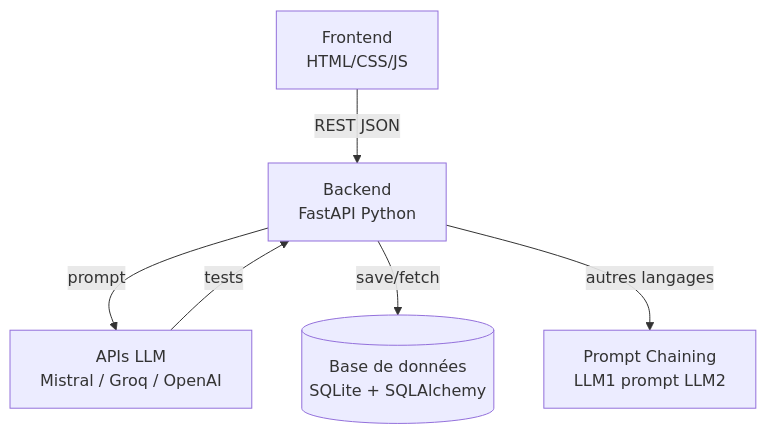
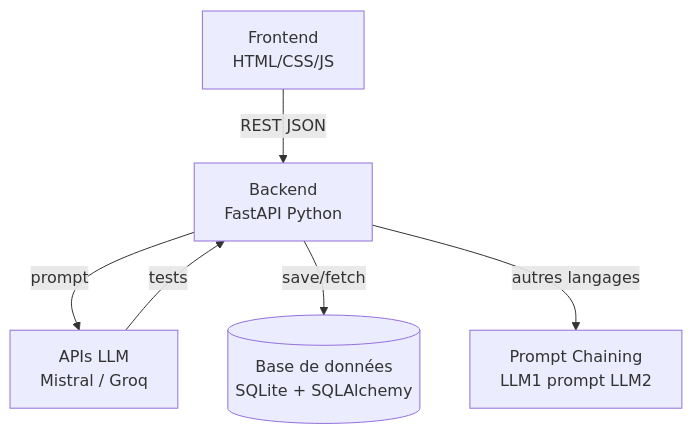
The third of 3 diagrams in docs/ARCHITECTURE.md (DaRKkem/TestGenAI), drawn with Mermaid before and after one commit.

Commit message:
fix(docs): remove OpenAI reference from architecture diagram

````diff
--- a/docs/ARCHITECTURE.md
+++ b/docs/ARCHITECTURE.md
@@ -68,8 +68,8 @@
 ```mermaid
 graph TD
     A[Frontend\nHTML/CSS/JS] -->|REST JSON| B[Backend\nFastAPI Python]
-    B -->|prompt| C[APIs LLM\nMistral / Groq / OpenAI]
+    B -->|prompt| C[APIs LLM\nMistral / Groq]
     C -->|tests| B
     B -->|save/fetch| D[(Base de données\nSQLite + SQLAlchemy)]
     B -->|autres langages| E[Prompt Chaining\nLLM1 prompt LLM2]
 ```
````
